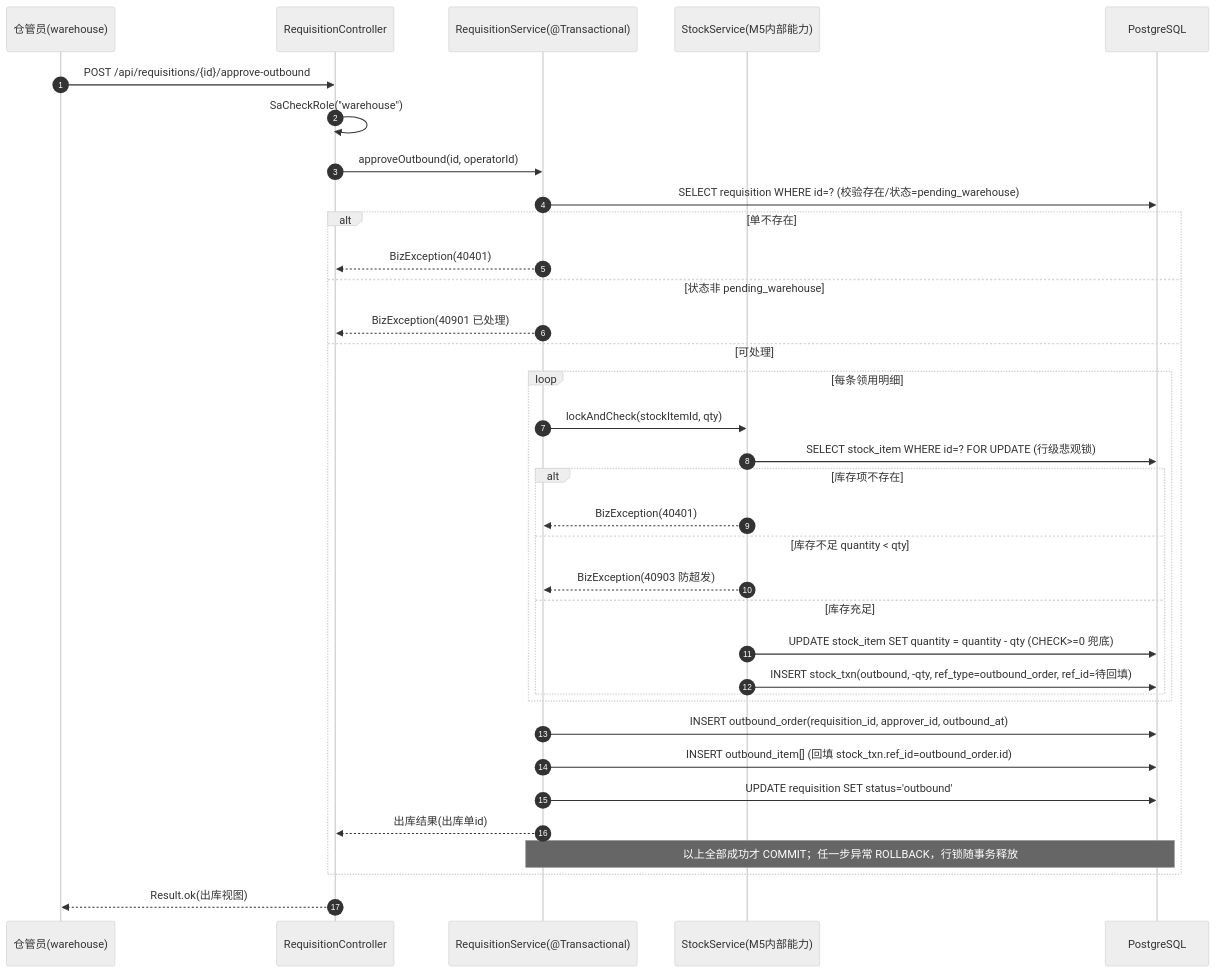
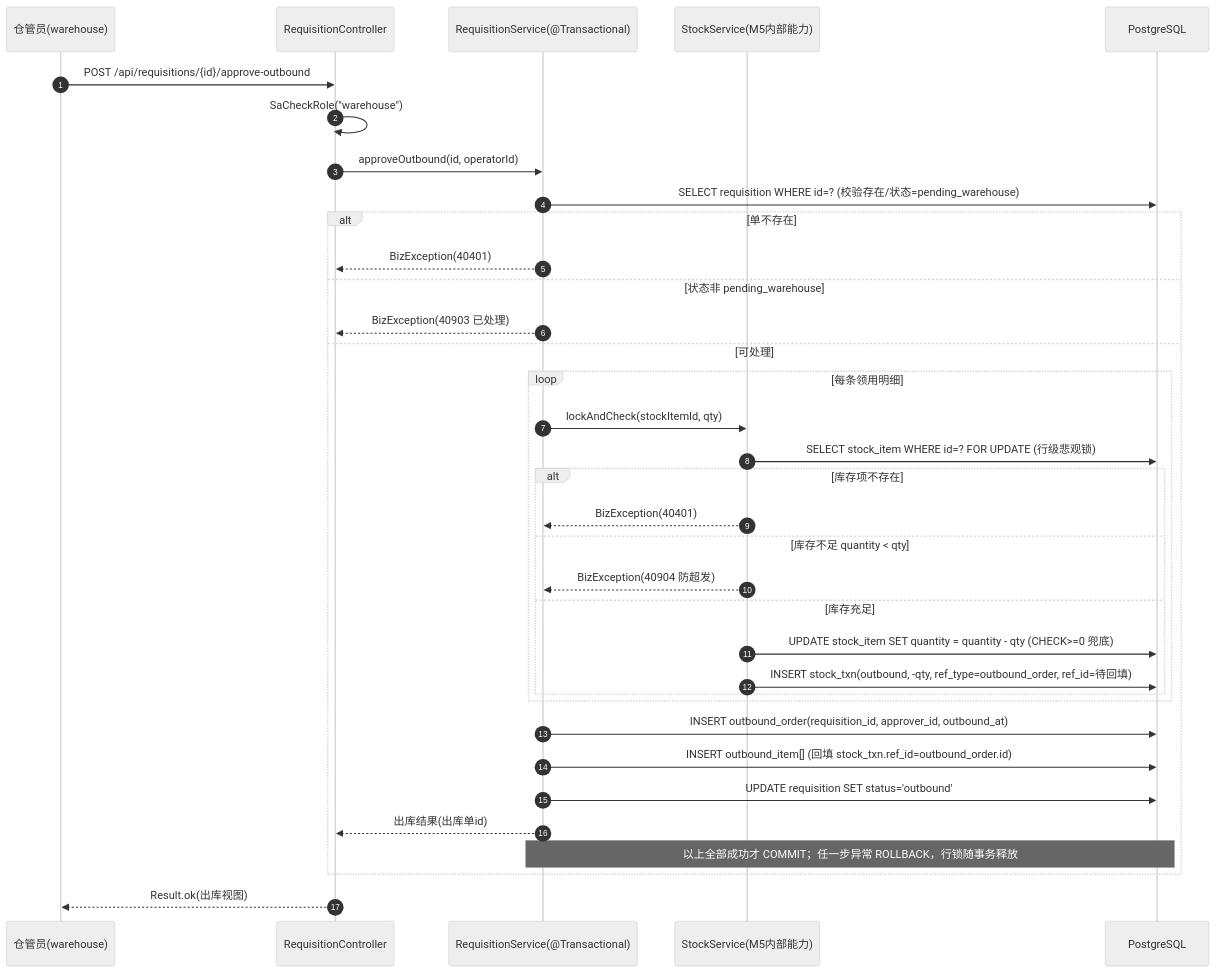
The first of 3 diagrams in docs/design/detail/U11-requisition-outbound.md (jamesking-sys/purchase), drawn with Mermaid (neutral theme) before and after one commit. The commit also changed other lines of this file and 172 other files, not shown here.

````diff
--- a/docs/design/detail/U11-requisition-outbound.md
+++ b/docs/design/detail/U11-requisition-outbound.md
@@ -55,38 +55,38 @@
 ```mermaid
 sequenceDiagram
     autonumber
     participant W as 仓管员(warehouse)
     participant C as RequisitionController
     participant S as RequisitionService(@Transactional)
     participant K as StockService(M5内部能力)
     participant DB as PostgreSQL
 
     W->>C: POST /api/requisitions/{id}/approve-outbound
     C->>C: SaCheckRole("warehouse")
     C->>S: approveOutbound(id, operatorId)
     S->>DB: SELECT requisition WHERE id=? (校验存在/状态=pending_warehouse)
     alt 单不存在
         S-->>C: BizException(40401)
     else 状态非 pending_warehouse
-        S-->>C: BizException(40901 已处理)
+        S-->>C: BizException(40903 已处理)
     else 可处理
         loop 每条领用明细
             S->>K: lockAndCheck(stockItemId, qty)
             K->>DB: SELECT stock_item WHERE id=? FOR UPDATE (行级悲观锁)
             alt 库存项不存在
                 K-->>S: BizException(40401)
             else 库存不足 quantity < qty
-                K-->>S: BizException(40903 防超发)
+                K-->>S: BizException(40904 防超发)
             else 库存充足
                 K->>DB: UPDATE stock_item SET quantity = quantity - qty (CHECK>=0 兜底)
                 K->>DB: INSERT stock_txn(outbound, -qty, ref_type=outbound_order, ref_id=待回填)
             end
         end
         S->>DB: INSERT outbound_order(requisition_id, approver_id, outbound_at)
         S->>DB: INSERT outbound_item[] (回填 stock_txn.ref_id=outbound_order.id)
         S->>DB: UPDATE requisition SET status='outbound'
         S-->>C: 出库结果(出库单id)
         Note over S,DB: 以上全部成功才 COMMIT；任一步异常 ROLLBACK，行锁随事务释放
     end
     C-->>W: Result.ok(出库视图)
 ```
````
